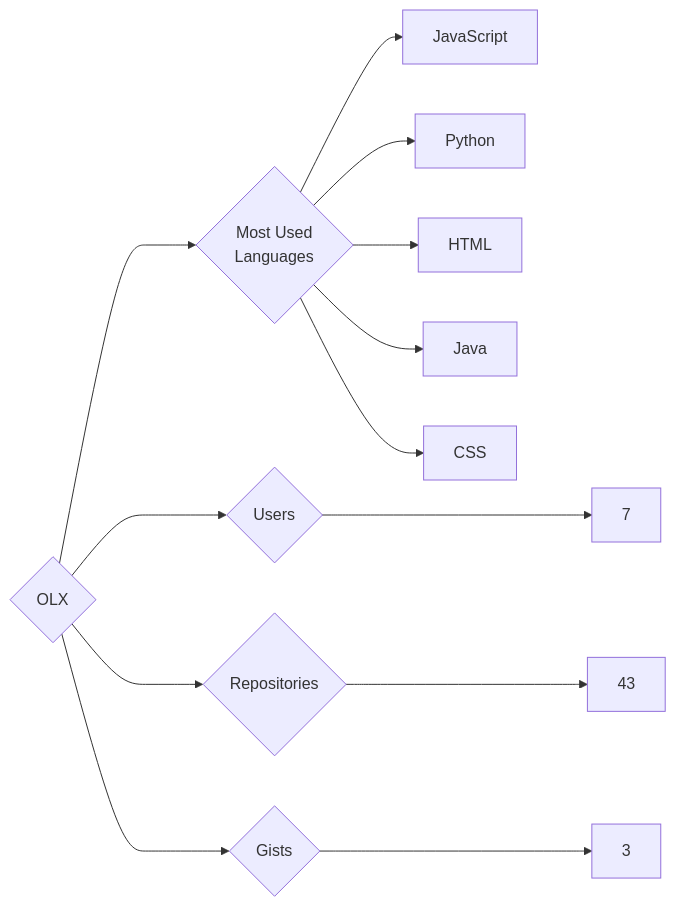
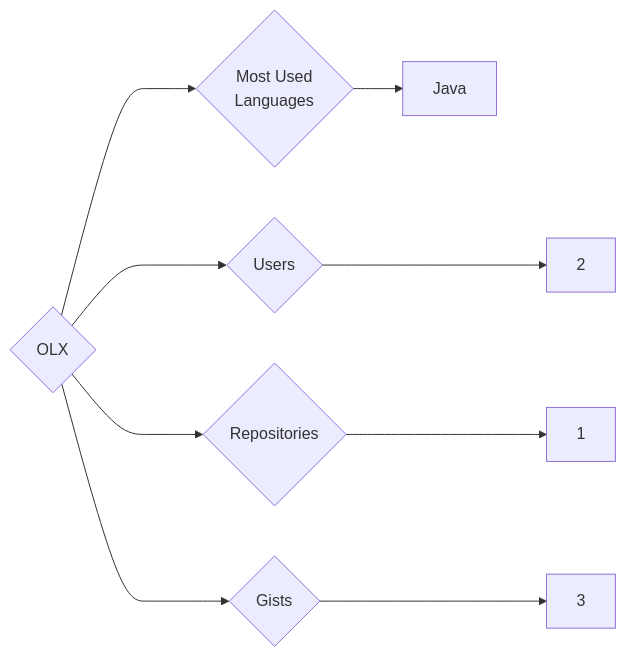
The diagram in targets/OLX/README.md (trickest/insiders), drawn with Mermaid before and after one commit. The commit also changed 1248 other files, not shown here.

````diff
--- a/targets/OLX/README.md
+++ b/targets/OLX/README.md
@@ -3,13 +3,9 @@
 ```mermaid
 graph LR
 COMPANY_NAME{OLX}
-COMPANY_NAME ---> U{Users} ---> UN[7]
-COMPANY_NAME ---> R{Repositories} ---> RN[43]
+COMPANY_NAME ---> U{Users} ---> UN[2]
+COMPANY_NAME ---> R{Repositories} ---> RN[1]
 COMPANY_NAME ---> G{Gists} ---> GN[3]
 COMPANY_NAME ---> ML{Most Used<br>Languages}
-ML --> JavaScript[JavaScript]
-ML --> Python[Python]
-ML --> HTML[HTML]
 ML --> Java[Java]
-ML --> CSS[CSS]
 ```
````
